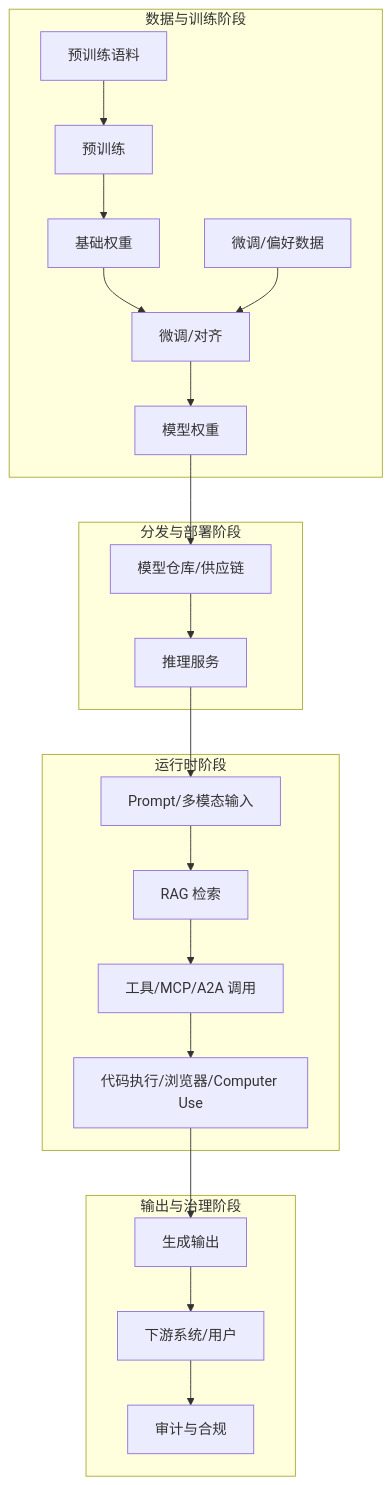
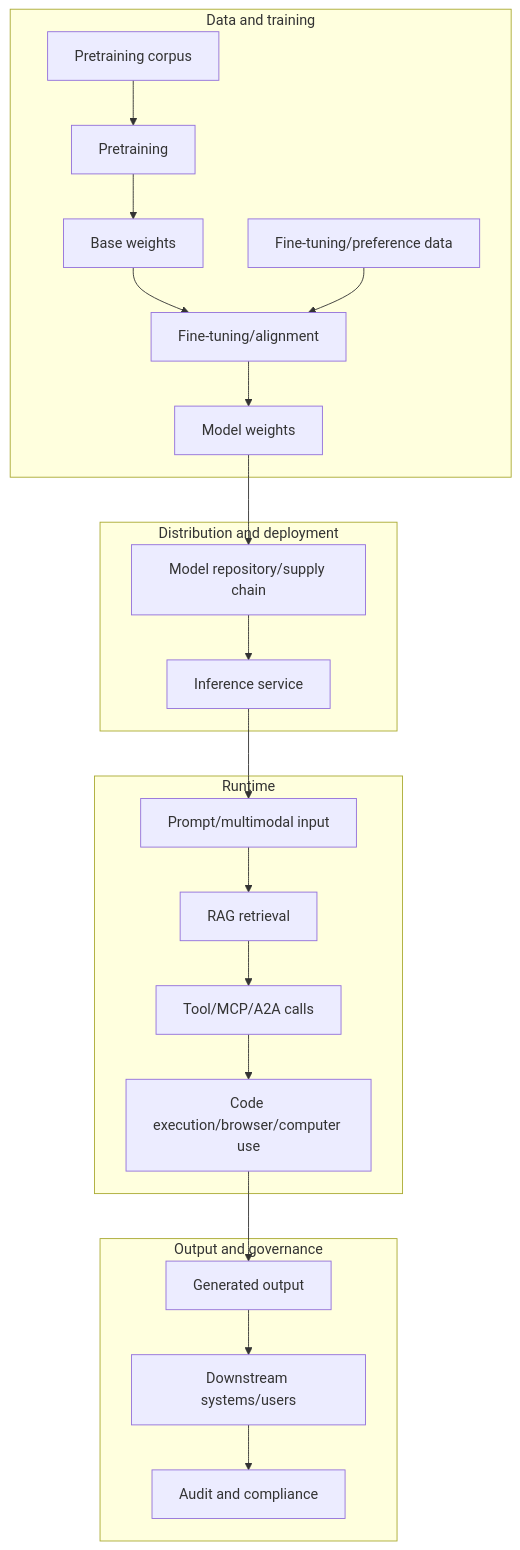
One commit to oneleaveknowsthefall/awesome-ai-roadmap changed the third of 3 diagrams in docs/safety/01-threat-modeling/01-ai-threat-modeling-attack-surface.md. Above: the diagram before and after it, drawn with Mermaid. The commit also changed other lines of this file and 82 other files, not shown here.

````diff
--- a/docs/safety/01-threat-modeling/01-ai-threat-modeling-attack-surface.md
+++ b/docs/safety/01-threat-modeling/01-ai-threat-modeling-attack-surface.md
@@ -69,25 +69,25 @@
 ```mermaid
 flowchart TB
-    subgraph S1["数据与训练阶段"]
-        D1[预训练语料] --> PRE[预训练]
-        PRE --> BASE[基础权重]
-        BASE --> FT[微调/对齐]
-        D2[微调/偏好数据] --> FT
-        FT --> D3[模型权重]
+    subgraph S1["Data and training"]
+        D1[Pretraining corpus] --> PRE[Pretraining]
+        PRE --> BASE[Base weights]
+        BASE --> FT[Fine-tuning/alignment]
+        D2[Fine-tuning/preference data] --> FT
+        FT --> D3[Model weights]
     end
-    subgraph S2["分发与部署阶段"]
-        D3 --> P1[模型仓库/供应链]
-        P1 --> P2[推理服务]
+    subgraph S2["Distribution and deployment"]
+        D3 --> P1[Model repository/supply chain]
+        P1 --> P2[Inference service]
     end
-    subgraph S3["运行时阶段"]
-        P2 --> R1[Prompt/多模态输入]
-        R1 --> R2[RAG 检索]
-        R2 --> R3[工具/MCP/A2A 调用]
-        R3 --> R4[代码执行/浏览器/Computer Use]
+    subgraph S3["Runtime"]
+        P2 --> R1[Prompt/multimodal input]
+        R1 --> R2[RAG retrieval]
+        R2 --> R3[Tool/MCP/A2A calls]
+        R3 --> R4[Code execution/browser/computer use]
     end
-    subgraph S4["输出与治理阶段"]
-        R4 --> O1[生成输出]
-        O1 --> O2[下游系统/用户]
-        O2 --> G1[审计与合规]
+    subgraph S4["Output and governance"]
+        R4 --> O1[Generated output]
+        O1 --> O2[Downstream systems/users]
+        O2 --> G1[Audit and compliance]
     end
 ```
````
